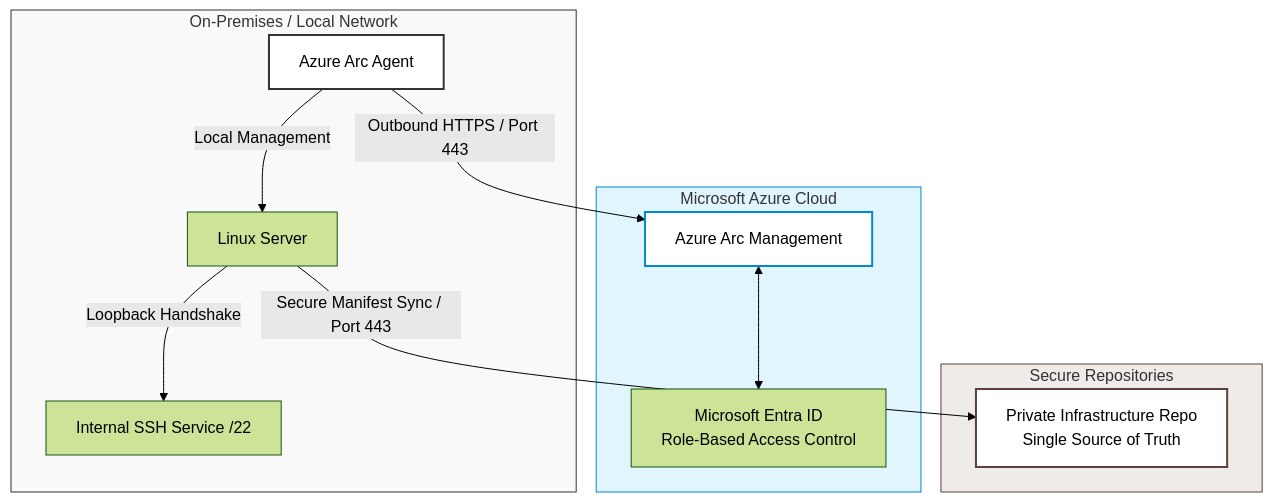
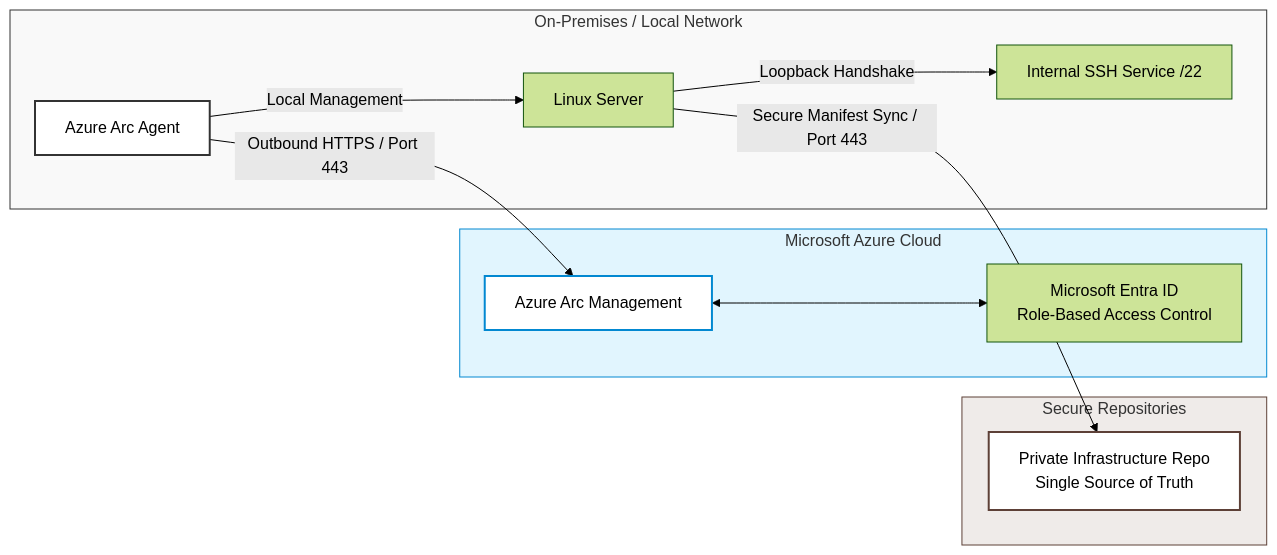
Before and after one commit to infer-insights/oszacuj-llm-gitops-enterprise: the diagram in README.md, drawn with Mermaid (forest theme).

````diff
--- a/README.md
+++ b/README.md
@@ -20,32 +20,34 @@
 ```mermaid
-graph TD
+graph LR
+    %% Horizontal layout path configuration (Left-to-Right)
+    
     subgraph ON_PREM [On-Premises / Local Network]
         LS[Linux Server]
         AA[Azure Arc Agent]
         SSH[Internal SSH Service /22]
         AA -->|Local Management| LS
         LS -->|Loopback Handshake| SSH
     end
 
     subgraph AZURE [Microsoft Azure Cloud]
         AM[Azure Arc Management]
         ME[Microsoft Entra ID <br> Role-Based Access Control]
         AM <--> ME
     end
 
     subgraph REPOS [Secure Repositories]
         GR[Private Infrastructure Repo <br> Single Source of Truth]
     end
 
     %% Outbound connections tracking over Port 443
     AA -->|Outbound HTTPS / Port 443| AM
     LS -->|Secure Manifest Sync / Port 443| GR
 
     %% Corporate Enterprise Color Grading
     style ON_PREM fill:#f9f9f9,stroke:#333,stroke-width:1px
     style AZURE fill:#e1f5fe,stroke:#0288d1,stroke-width:1px
     style REPOS fill:#efebe9,stroke:#5d4037,stroke-width:1px
     style AA fill:#fff,stroke:#333,stroke-width:2px
     style AM fill:#fff,stroke:#0288d1,stroke-width:2px
     style GR fill:#fff,stroke:#5d4037,stroke-width:2px
 ```
````
